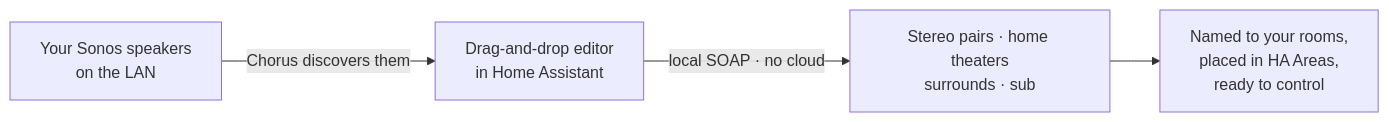
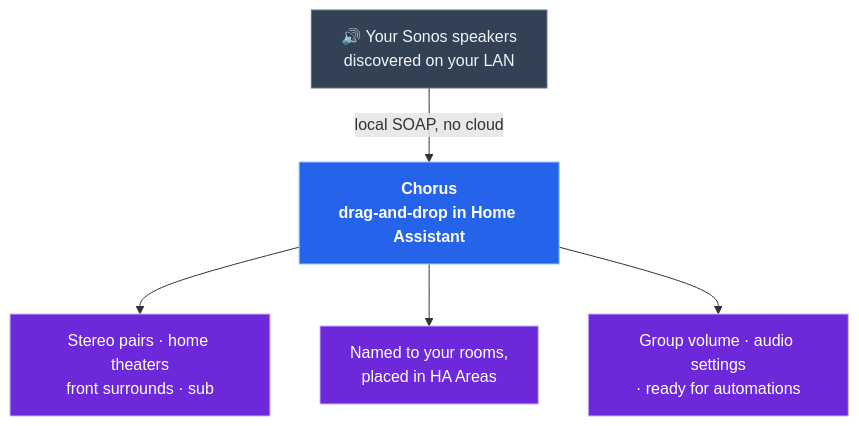
The diagram in README.md (willblaschko/chorus), drawn with Mermaid before and after one commit.

Commit message:
docs: redo 'The idea' diagram — top-down hub-and-spokes with color (fixes right-edge under GitHub's mermaid controls, less bland)

````diff
--- a/README.md
+++ b/README.md
@@ -35,6 +35,11 @@
 ```mermaid
-flowchart LR
-  A["Your Sonos speakers<br/>on the LAN"] -->|Chorus discovers them| B["Drag-and-drop editor<br/>in Home Assistant"]
-  B -->|local SOAP · no cloud| C["Stereo pairs · home theaters<br/>surrounds · sub"]
-  C --> D["Named to your rooms,<br/>placed in HA Areas,<br/>ready to control"]
+flowchart TD
+  S["🔊 Your Sonos speakers<br/>discovered on your LAN"]:::src
+  S -->|local SOAP, no cloud| C["Chorus<br/>drag-and-drop in Home Assistant"]:::hub
+  C --> B["Stereo pairs · home theaters<br/>front surrounds · sub"]:::out
+  C --> N["Named to your rooms,<br/>placed in HA Areas"]:::out
+  C --> V["Group volume · audio settings<br/>· ready for automations"]:::out
+  classDef src fill:#334155,stroke:#64748b,color:#f1f5f9
+  classDef hub fill:#2563eb,stroke:#93c5fd,color:#ffffff,font-weight:bold
+  classDef out fill:#6d28d9,stroke:#c4b5fd,color:#ffffff
 ```
````
